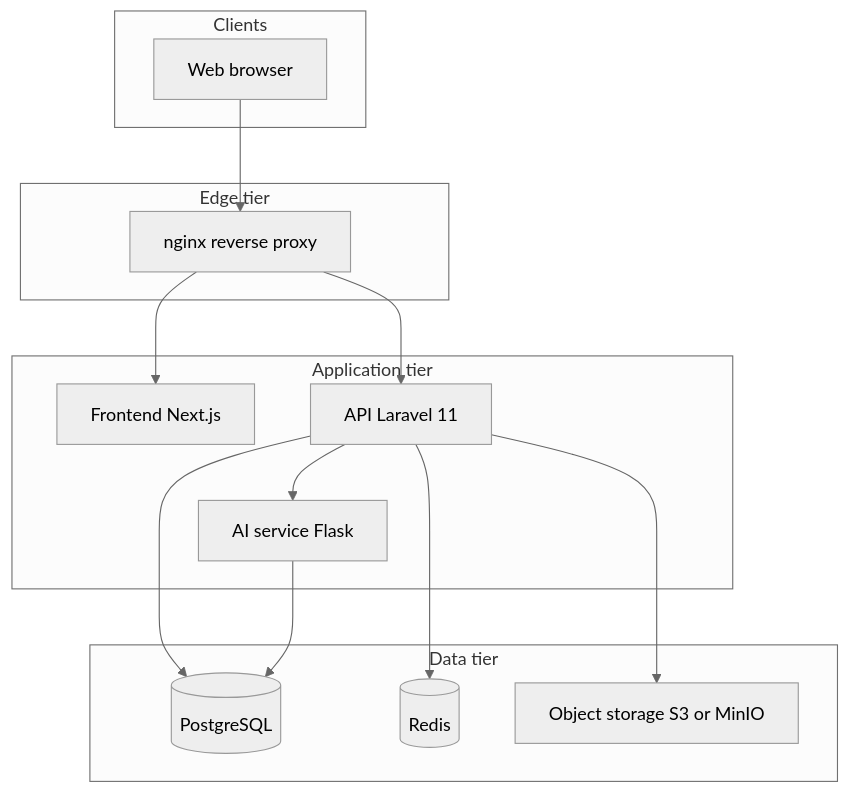
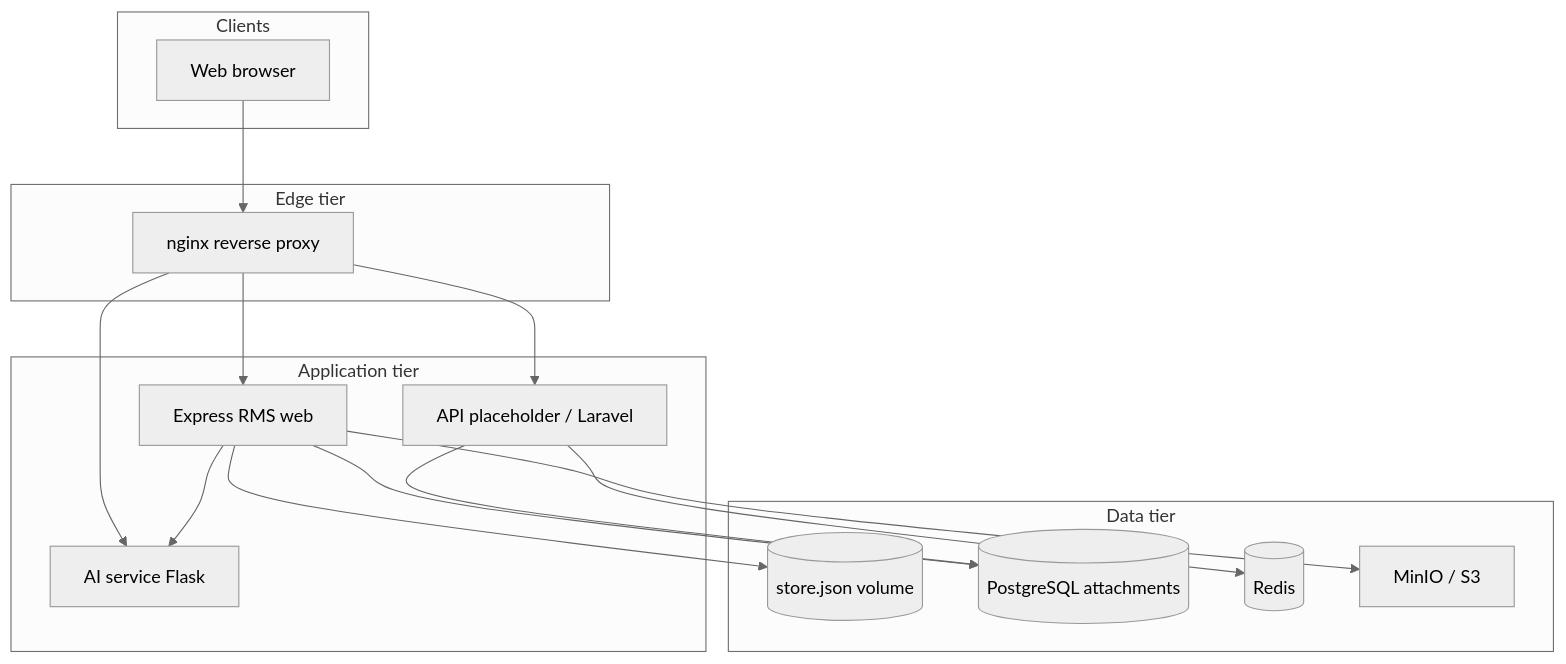
Before and after one commit to nikka-ui/Version3-Risk-Management-System: the diagram in docs/ARCHITECTURE.md, drawn with Mermaid (neutral theme). The commit also changed other lines of this file and 9 other files, not shown here.

````diff
--- a/docs/ARCHITECTURE.md
+++ b/docs/ARCHITECTURE.md
@@ -9,27 +22,30 @@
 ```mermaid
 flowchart TB
   subgraph clients [Clients]
     Browser[Web browser]
   end
   subgraph edge [Edge tier]
     Nginx[nginx reverse proxy]
   end
   subgraph app [Application tier]
-    Web[Frontend Next.js]
-    API[API Laravel 11]
+    Web[Express RMS web]
+    API[API placeholder / Laravel]
     AI[AI service Flask]
   end
   subgraph data [Data tier]
-    PG[(PostgreSQL)]
+    Store[(store.json volume)]
+    PG[(PostgreSQL attachments)]
     Redis[(Redis)]
-    S3[Object storage S3 or MinIO]
+    S3[MinIO / S3]
   end
   Browser --> Nginx
   Nginx --> Web
   Nginx --> API
+  Nginx --> AI
+  Web --> Store
+  Web --> PG
+  Web --> S3
+  Web --> AI
   API --> PG
   API --> Redis
-  API --> AI
-  API --> S3
-  AI --> PG
 ```
````
